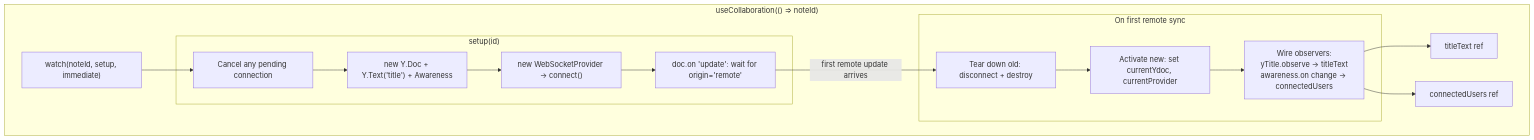
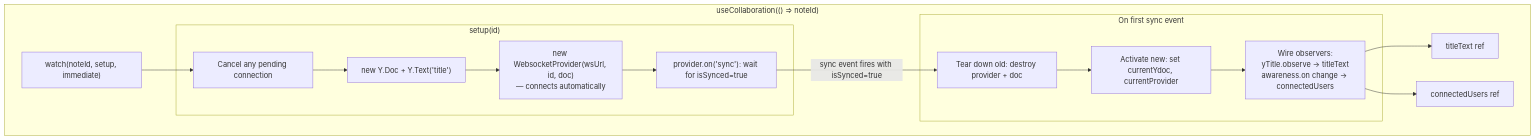
The fifth of 13 diagrams in srcs/requirements/frontend/docs/dev/tiptap-yjs-summary.md (MySeaLeeOom/basic_structure), drawn with Mermaid before and after one commit. The commit also changed other lines of this file and 6 other files, not shown here.

First line of the commit message:
Update dev docs for y-websocket architecture and condense obsolete content

````diff
--- a/srcs/requirements/frontend/docs/dev/tiptap-yjs-summary.md
+++ b/srcs/requirements/frontend/docs/dev/tiptap-yjs-summary.md
@@ -323,28 +324,28 @@
 ```mermaid
 flowchart TB
     subgraph useCollab["useCollaboration#40;#40;#41; => noteId#41;"]
         watchNode["watch#40;noteId, setup, immediate#41;"]
 
         subgraph setup["setup#40;id#41;"]
             cancel["Cancel any pending connection"]
-            create["new Y.Doc + Y.Text#40;'title'#41; + Awareness"]
-            connect["new WebSocketProvider → connect#40;#41;"]
-            listen["doc.on 'update': wait for origin='remote'"]
+            create["new Y.Doc + Y.Text#40;'title'#41;"]
+            connect["new WebsocketProvider#40;wsUrl, id, doc#41;<br/>— connects automatically"]
+            listen["provider.on#40;'sync'#41;: wait for isSynced=true"]
         end
 
-        subgraph onFirstSync["On first remote sync"]
-            teardown["Tear down old: disconnect + destroy"]
+        subgraph onFirstSync["On first sync event"]
+            teardown["Tear down old: destroy provider + doc"]
             activate["Activate new: set currentYdoc, currentProvider"]
             observe["Wire observers:<br/>yTitle.observe → titleText<br/>awareness.on change → connectedUsers"]
         end
 
         titleBridge["titleText ref"]
         usersBridge["connectedUsers ref"]
     end
 
     watchNode --> cancel
     cancel --> create --> connect --> listen
-    listen -- "first remote update arrives" --> teardown --> activate --> observe
+    listen -- "sync event fires with isSynced=true" --> teardown --> activate --> observe
     observe --> titleBridge
     observe --> usersBridge
 ```
````
